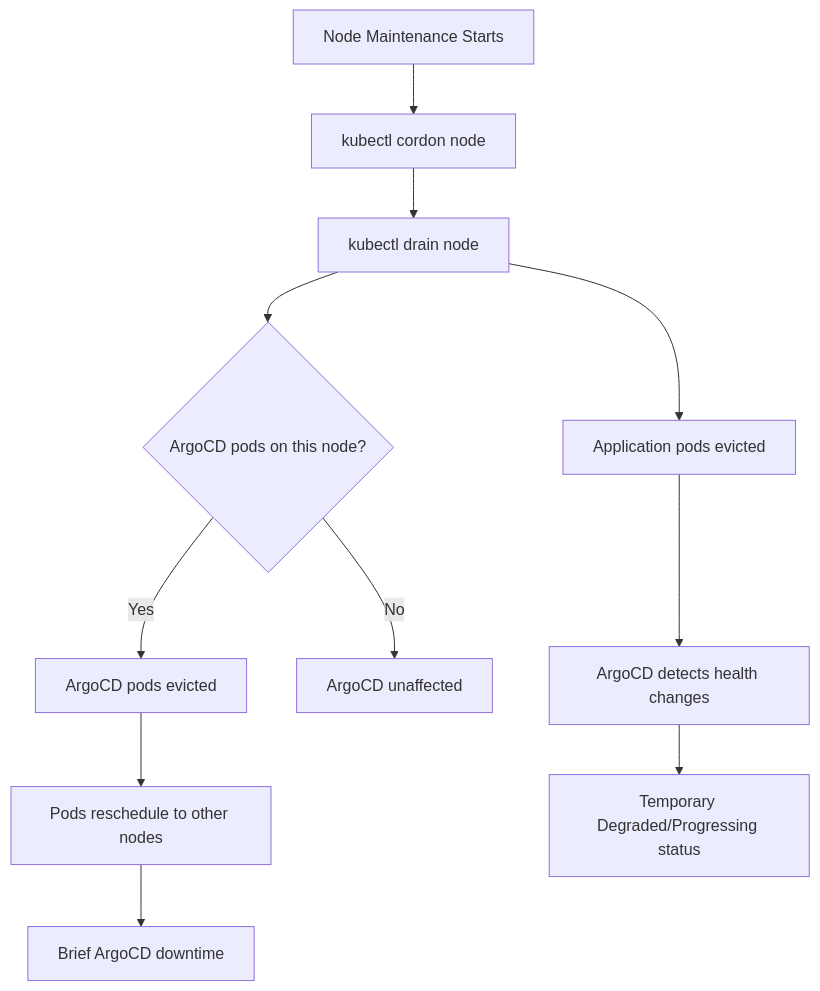
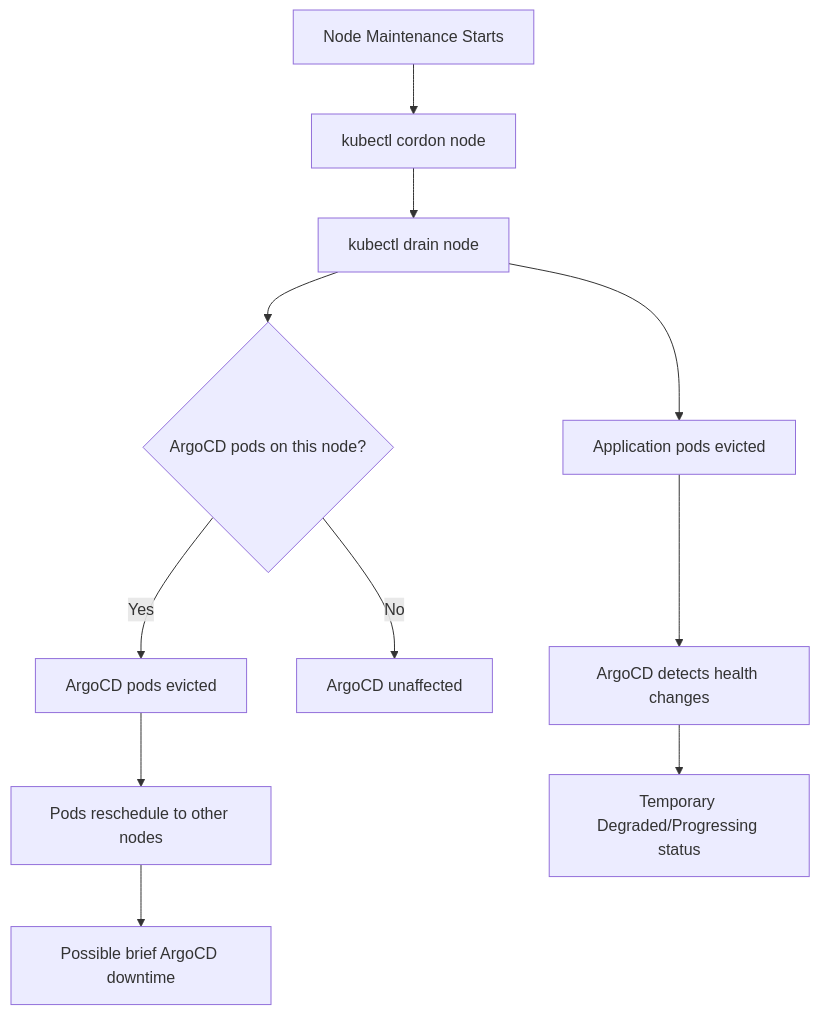
One commit to OneUptime/blog changed the diagram in posts/2026-02-26-argocd-during-node-maintenance/README.md. Above: the diagram before and after it, drawn with Mermaid. The commit also changed other lines of this file and 2 other files, not shown here.

````diff
--- a/posts/2026-02-26-argocd-during-node-maintenance/README.md
+++ b/posts/2026-02-26-argocd-during-node-maintenance/README.md
@@ -20,13 +20,13 @@
 ```mermaid
 graph TD
     A[Node Maintenance Starts] --> B[kubectl cordon node]
     B --> C[kubectl drain node]
     C --> D{ArgoCD pods on this node?}
     D -->|Yes| E[ArgoCD pods evicted]
     D -->|No| F[ArgoCD unaffected]
     E --> G[Pods reschedule to other nodes]
-    G --> H[Brief ArgoCD downtime]
+    G --> H[Possible brief ArgoCD downtime]
     C --> I[Application pods evicted]
     I --> J[ArgoCD detects health changes]
     J --> K[Temporary Degraded/Progressing status]
 ```
````
